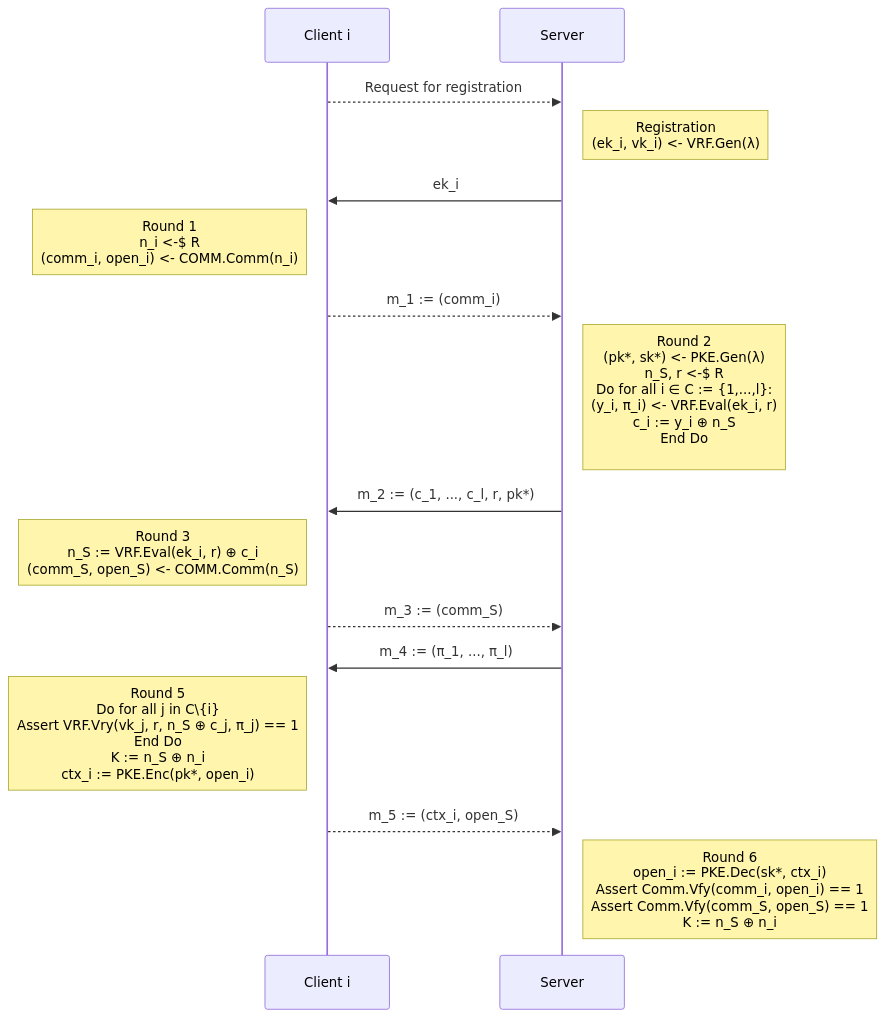
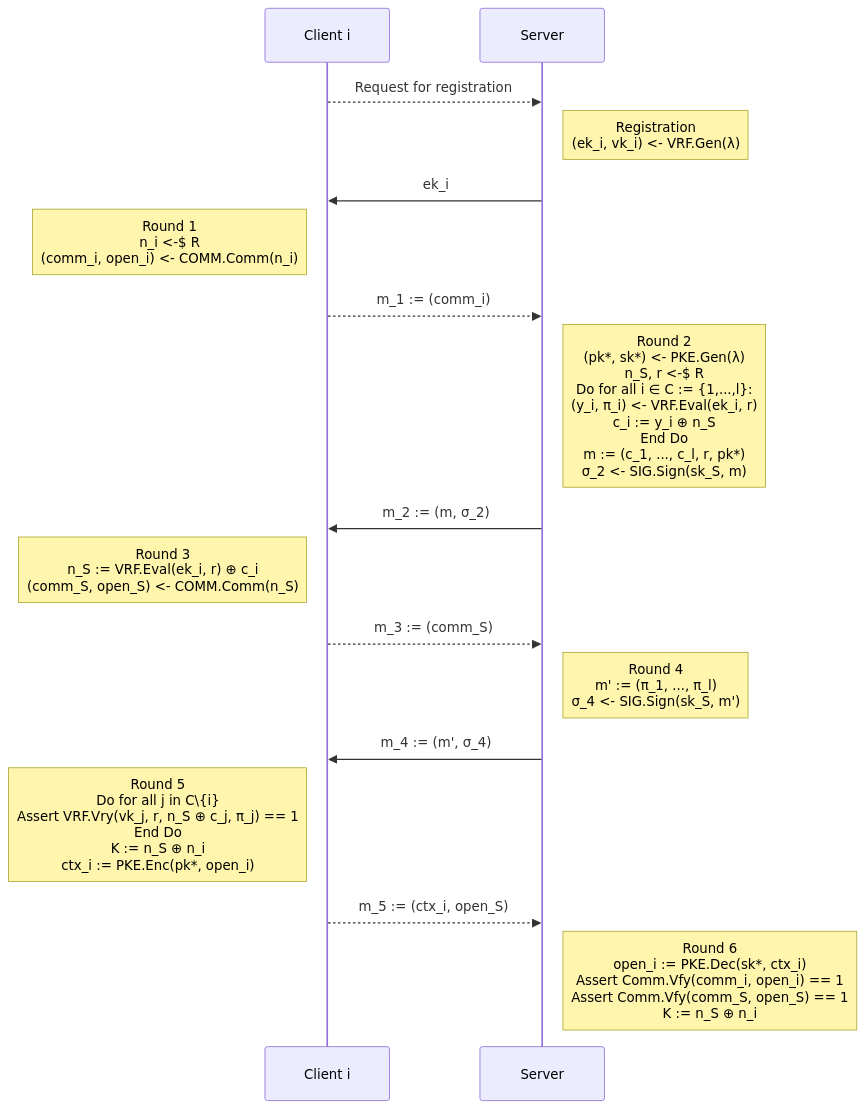
The diagram in README.md (jiep/generic-anon-ake), drawn with Mermaid before and after one commit. The commit also changed other lines of this file, not shown here.

````diff
--- a/README.md
+++ b/README.md
@@ -20,18 +20,19 @@
 ```mermaid
 sequenceDiagram
 participant Client i
 participant Server
 Client i -->> Server: Request for registration
 Note right of Server: Registration<br/>(ek_i, vk_i) <- VRF.Gen(λ)
 Server ->> Client i: ek_i
 Note left of Client i: Round 1<br />n_i <-$ R<br />(comm_i, open_i) <- COMM.Comm(n_i)
 Client i -->> Server: m_1 := (comm_i)
-Note right of Server: Round 2<br />(pk*, sk*) <- PKE.Gen(λ)<br />n_S, r <-$ R<br />Do for all i ∈ C := {1,...,l}:<br />(y_i, π_i) <- VRF.Eval(ek_i, r)<br />c_i := y_i ⊕ n_S <br />End Do<br />
-Server ->> Client i: m_2 := (c_1, ..., c_l, r, pk*)
+Note right of Server: Round 2<br />(pk*, sk*) <- PKE.Gen(λ)<br />n_S, r <-$ R<br />Do for all i ∈ C := {1,...,l}:<br />(y_i, π_i) <- VRF.Eval(ek_i, r)<br />c_i := y_i ⊕ n_S <br />End Do<br />m := (c_1, ..., c_l, r, pk*)<br />σ_2 <- SIG.Sign(sk_S, m)
+Server ->> Client i: m_2 := (m, σ_2)
 Note left of Client i: Round 3<br />n_S := VRF.Eval(ek_i, r) ⊕ c_i<br/>(comm_S, open_S) <- COMM.Comm(n_S) 
 Client i -->> Server: m_3 := (comm_S)
-Server ->> Client i: m_4 := (π_1, ..., π_l)
+Note right of Server: Round 4<br />m' := (π_1, ..., π_l)<br />σ_4 <- SIG.Sign(sk_S, m')
+Server ->> Client i: m_4 := (m', σ_4)
 Note left of Client i: Round 5<br/>Do for all j in C\{i}<br/>Assert VRF.Vry(vk_j, r, n_S ⊕ c_j, π_j) == 1<br/>End Do<br/> K := n_S ⊕ n_i<br/>ctx_i := PKE.Enc(pk*, open_i)
 Client i -->> Server: m_5 := (ctx_i, open_S)
 Note right of Server: Round 6<br />open_i := PKE.Dec(sk*, ctx_i)<br/>Assert Comm.Vfy(comm_i, open_i) == 1<br/>Assert Comm.Vfy(comm_S, open_S) == 1<br/>K := n_S ⊕ n_i
 ```
````
